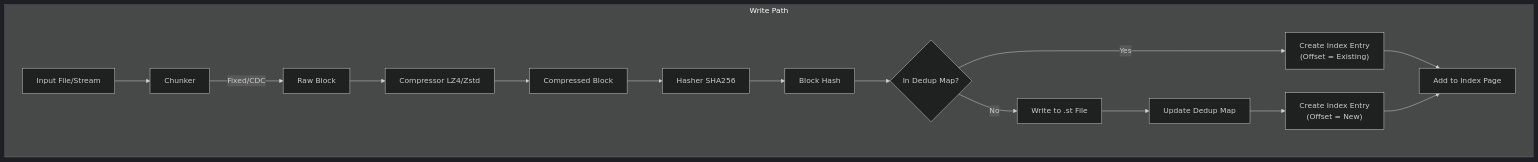
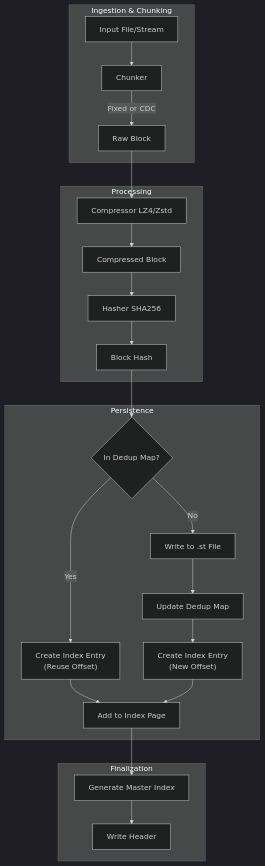
The third of 5 diagrams in docs/internals/data_flow.md (hexz-org/hexz), drawn with Mermaid (dark theme) before and after one commit. The commit also changed other lines of this file, not shown here.

Commit message:
Another data flow improvement.

````diff
--- a/docs/internals/data_flow.md
+++ b/docs/internals/data_flow.md
@@ -112,24 +104,31 @@
 ```mermaid
 flowchart TD
-    subgraph Write Path
+    subgraph "Ingestion & Chunking"
         Input[Input File/Stream] --> Chunker
-        Chunker -->|Fixed/CDC| Block[Raw Block]
-        
+        Chunker -->|Fixed or CDC| Block[Raw Block]
+    end
+
+    subgraph "Processing"
         Block --> Compressor[Compressor LZ4/Zstd]
         Compressor --> Compressed[Compressed Block]
-        
         Compressed --> Hasher[Hasher SHA256]
         Hasher --> Hash[Block Hash]
-        
+    end
+
+    subgraph "Persistence"
         Hash --> Dedup{In Dedup Map?}
-        
-        Dedup -- Yes --> IndexEntry["Create Index Entry\n(Offset = Existing)"]
+        Dedup -- Yes --> IndexEntry["Create Index Entry\n(Reuse Offset)"]
         Dedup -- No --> Write[Write to .st File]
         
         Write --> MapUpdate[Update Dedup Map]
-        MapUpdate --> IndexEntryNew["Create Index Entry\n(Offset = New)"]
+        MapUpdate --> IndexEntryNew["Create Index Entry\n(New Offset)"]
         
         IndexEntry --> IndexPage[Add to Index Page]
         IndexEntryNew --> IndexPage
     end
+
+    subgraph "Finalization"
+        IndexPage --> MasterIdx[Generate Master Index]
+        MasterIdx --> Header[Write Header]
+    end
 ```
````
